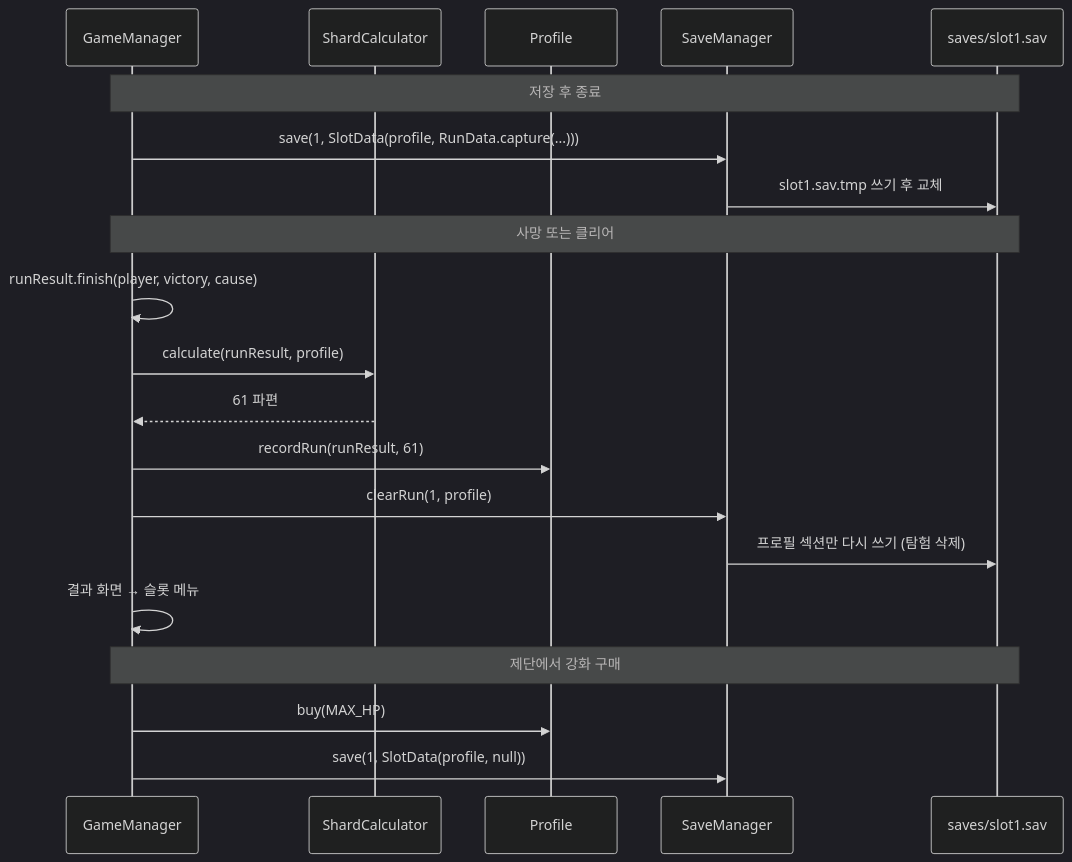
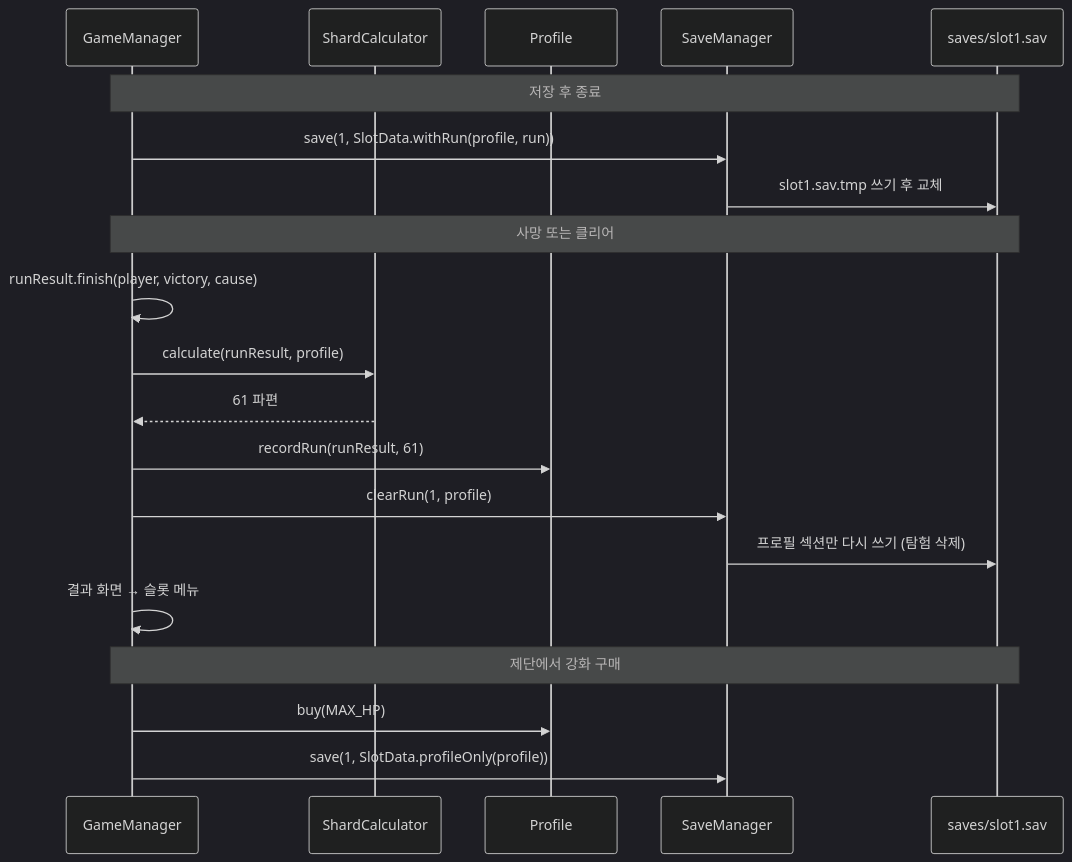
One commit to likelion-boot-camp-28th/side-project01-team01 changed the eighth of 9 diagrams in docs/Class-Diagram.md. Above: the diagram before and after it, drawn with Mermaid (dark theme). The commit also changed other lines of this file and 7 other files, not shown here.

First line of the commit message:
feat: A 파트 2차 스켈레톤 추가 (TurnSystem, GameManager, MapRenderer, SlotData)

````diff
--- a/docs/Class-Diagram.md
+++ b/docs/Class-Diagram.md
@@ -849,25 +853,25 @@
 ```mermaid
 sequenceDiagram
     participant GM as GameManager
     participant SC as ShardCalculator
     participant PR as Profile
     participant SM as SaveManager
     participant FS as saves/slot1.sav
 
     Note over GM,FS: 저장 후 종료
-    GM->>SM: save(1, SlotData(profile, RunData.capture(...)))
+    GM->>SM: save(1, SlotData.withRun(profile, run))
     SM->>FS: slot1.sav.tmp 쓰기 후 교체
 
     Note over GM,FS: 사망 또는 클리어
     GM->>GM: runResult.finish(player, victory, cause)
     GM->>SC: calculate(runResult, profile)
     SC-->>GM: 61 파편
     GM->>PR: recordRun(runResult, 61)
     GM->>SM: clearRun(1, profile)
     SM->>FS: 프로필 섹션만 다시 쓰기 (탐험 삭제)
     GM->>GM: 결과 화면 → 슬롯 메뉴
 
     Note over GM,FS: 제단에서 강화 구매
     GM->>PR: buy(MAX_HP)
-    GM->>SM: save(1, SlotData(profile, null))
+    GM->>SM: save(1, SlotData.profileOnly(profile))
 ```
````
